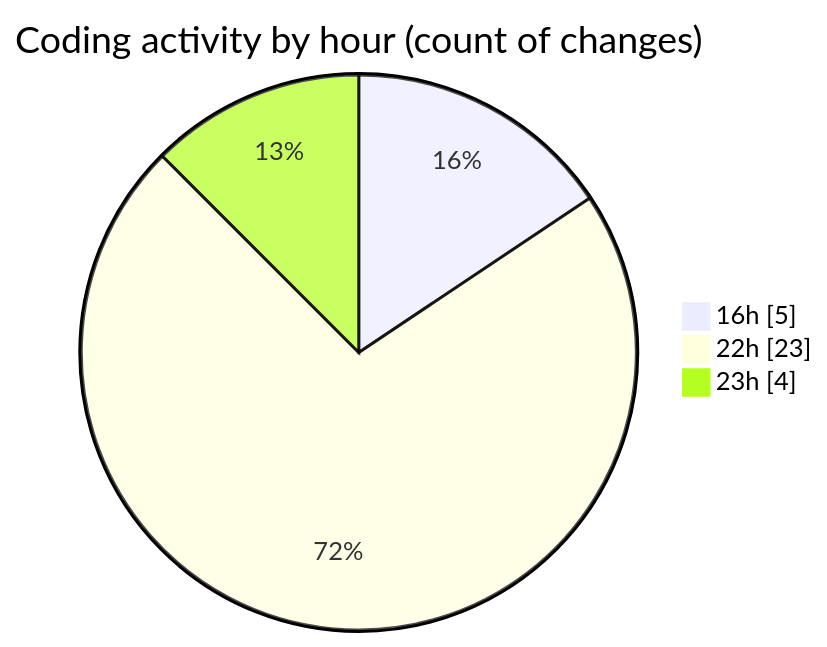
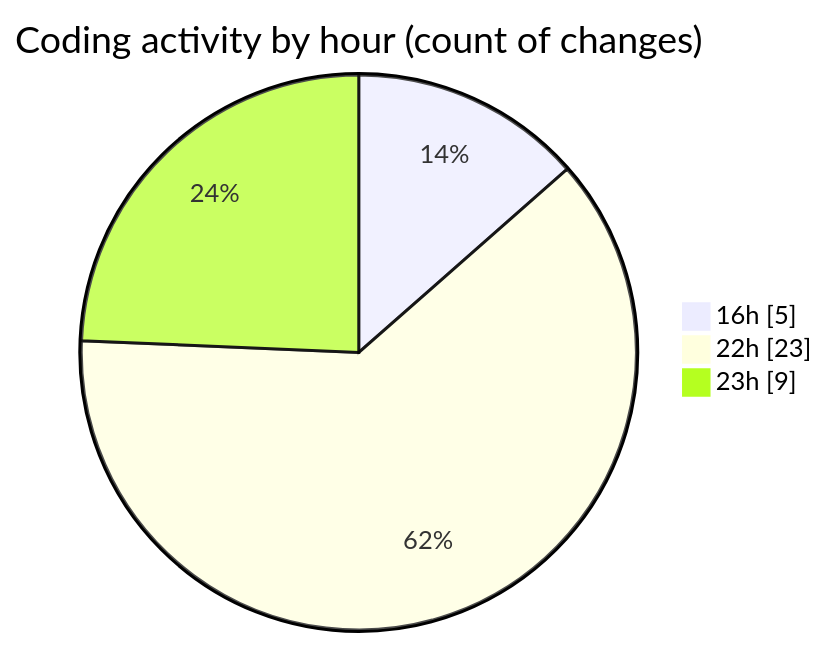
One commit to robertbonfada/code-tracking changed the second of 2 diagrams in 2025-03-18/peregrino-web/README.md. Above: the diagram before and after it, drawn with Mermaid. The commit also changed other lines of this file and 1 other file, not shown here.

````diff
--- a/2025-03-18/peregrino-web/README.md
+++ b/2025-03-18/peregrino-web/README.md
@@ -39,7 +41,7 @@
 ```mermaid
 pie showData
 title Coding activity by hour (count of changes)
 "16h" : 5
 "22h" : 23
-"23h" : 4
+"23h" : 9
 ```
````
